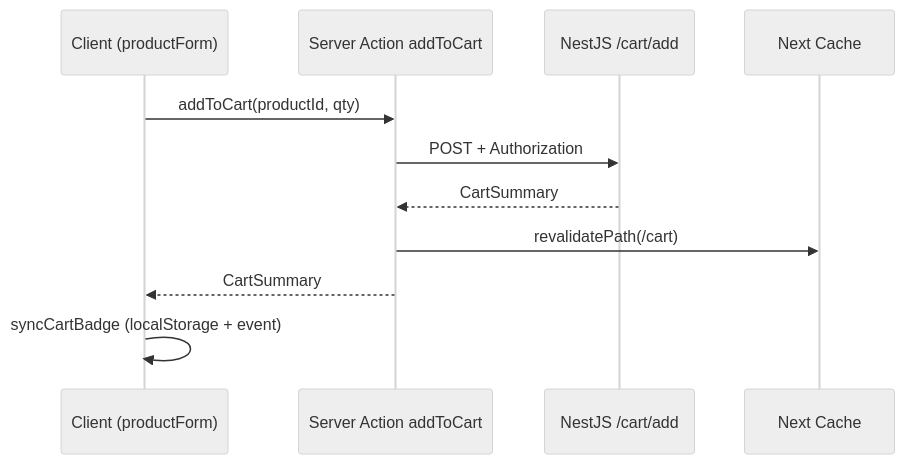
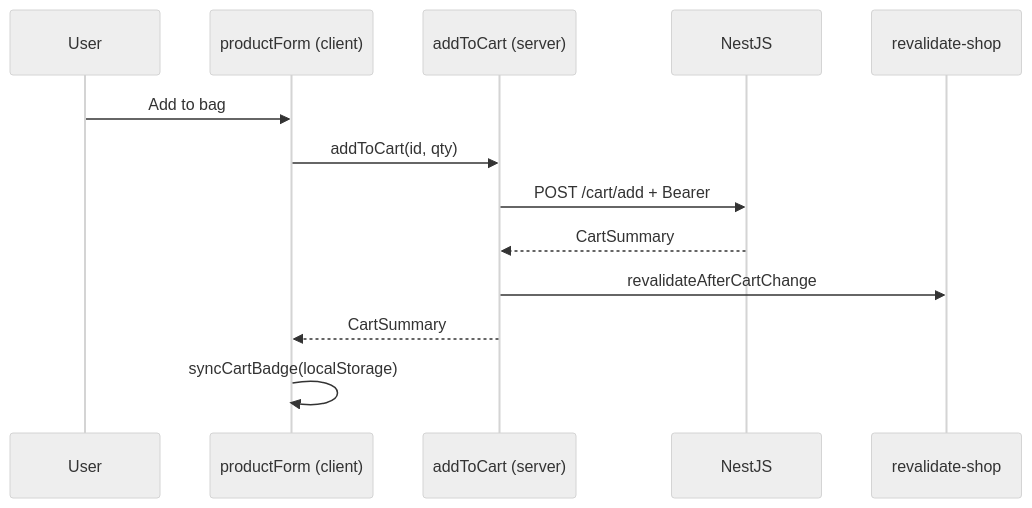
One commit to Tranloi2k/Become-A-Frontend-Developer changed the second of 2 diagrams in NextJS/3. Server Actions.md. Above: the diagram before and after it, drawn with Mermaid (neutral theme). The commit also changed other lines of this file and 34 other files, not shown here.

````diff
--- a/NextJS/3. Server Actions.md
+++ b/NextJS/3. Server Actions.md
@@ -126,14 +232,16 @@
 ```mermaid
 sequenceDiagram
-  participant C as Client (productForm)
-  participant SA as Server Action addToCart
-  participant API as NestJS /cart/add
-  participant Cache as Next Cache
+  participant U as User
+  participant PF as productForm (client)
+  participant AC as addToCart (server)
+  participant API as NestJS
+  participant RV as revalidate-shop
 
-  C->>SA: addToCart(productId, qty)
-  SA->>API: POST + Authorization
-  API-->>SA: CartSummary
-  SA->>Cache: revalidatePath(/cart)
-  SA-->>C: CartSummary
-  C->>C: syncCartBadge (localStorage + event)
+  U->>PF: Add to bag
+  PF->>AC: addToCart(id, qty)
+  AC->>API: POST /cart/add + Bearer
+  API-->>AC: CartSummary
+  AC->>RV: revalidateAfterCartChange
+  AC-->>PF: CartSummary
+  PF->>PF: syncCartBadge(localStorage)
 ```
````
